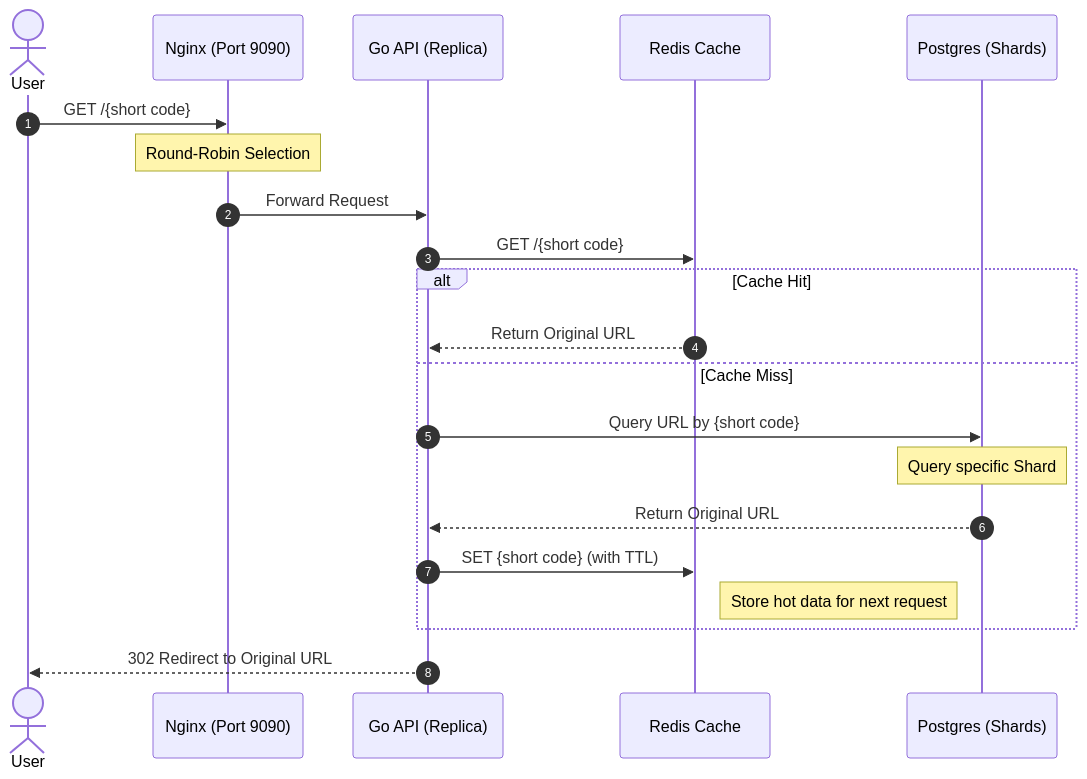
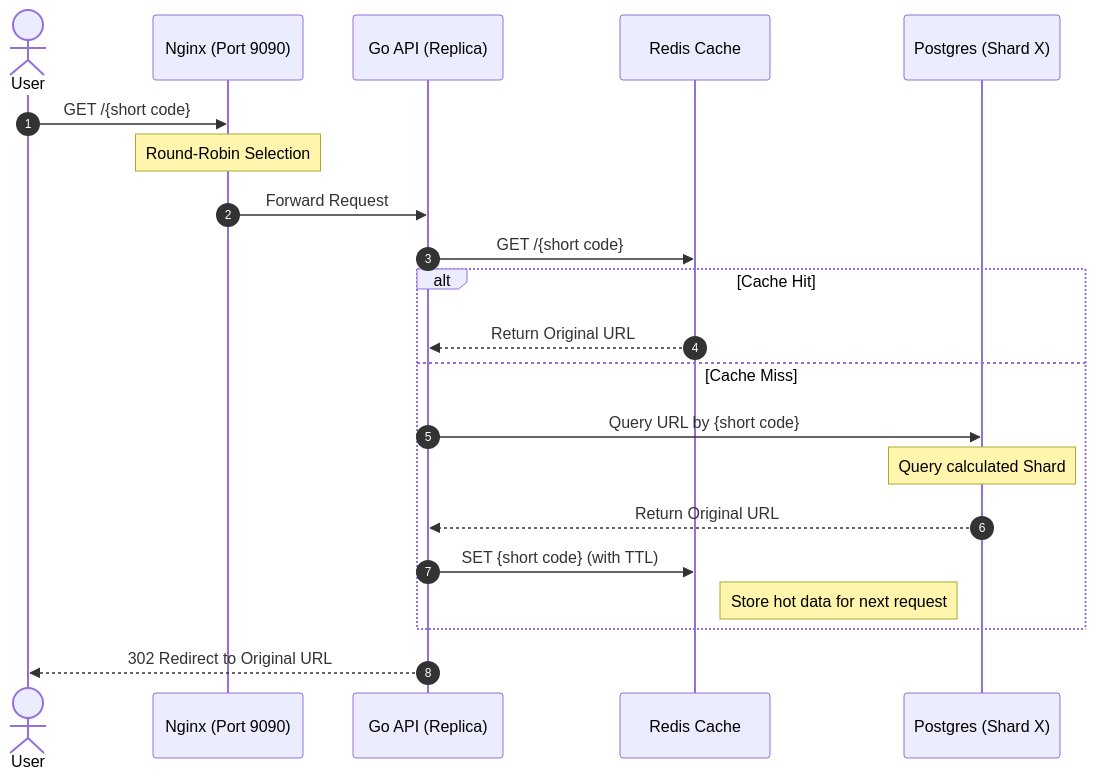
Before and after one commit to DrinkingWater64/shourty-url-shortener: the second of 3 diagrams in README.md, drawn with Mermaid. The commit also changed other lines of this file, not shown here.

Commit message:
fix: Correct typo and clarify internal component names and shard routing in architecture diagrams.

````diff
--- a/README.md
+++ b/README.md
@@ -55,27 +55,27 @@
 ```mermaid
 sequenceDiagram
     autonumber
     actor User
     participant Nginx as Nginx (Port 9090)
     participant GoAPI as Go API (Replica)
     participant Redis as Redis Cache
-    participant Postgres as Postgres (Shards)
+    participant Postgres as Postgres (Shard X)
 
     User->>Nginx: GET /{short code}
     Note over Nginx: Round-Robin Selection
     Nginx->>GoAPI: Forward Request
     
     GoAPI->>Redis: GET /{short code}
     
     alt Cache Hit
         Redis-->>GoAPI: Return Original URL
     else Cache Miss
         GoAPI->>Postgres: Query URL by {short code}
-        Note over Postgres: Query specific Shard
+        Note over Postgres: Query calculated Shard
         Postgres-->>GoAPI: Return Original URL
         GoAPI->>Redis: SET {short code} (with TTL)
         Note right of Redis: Store hot data for next request
     end
 
     GoAPI-->>User: 302 Redirect to Original URL
 ```
````
